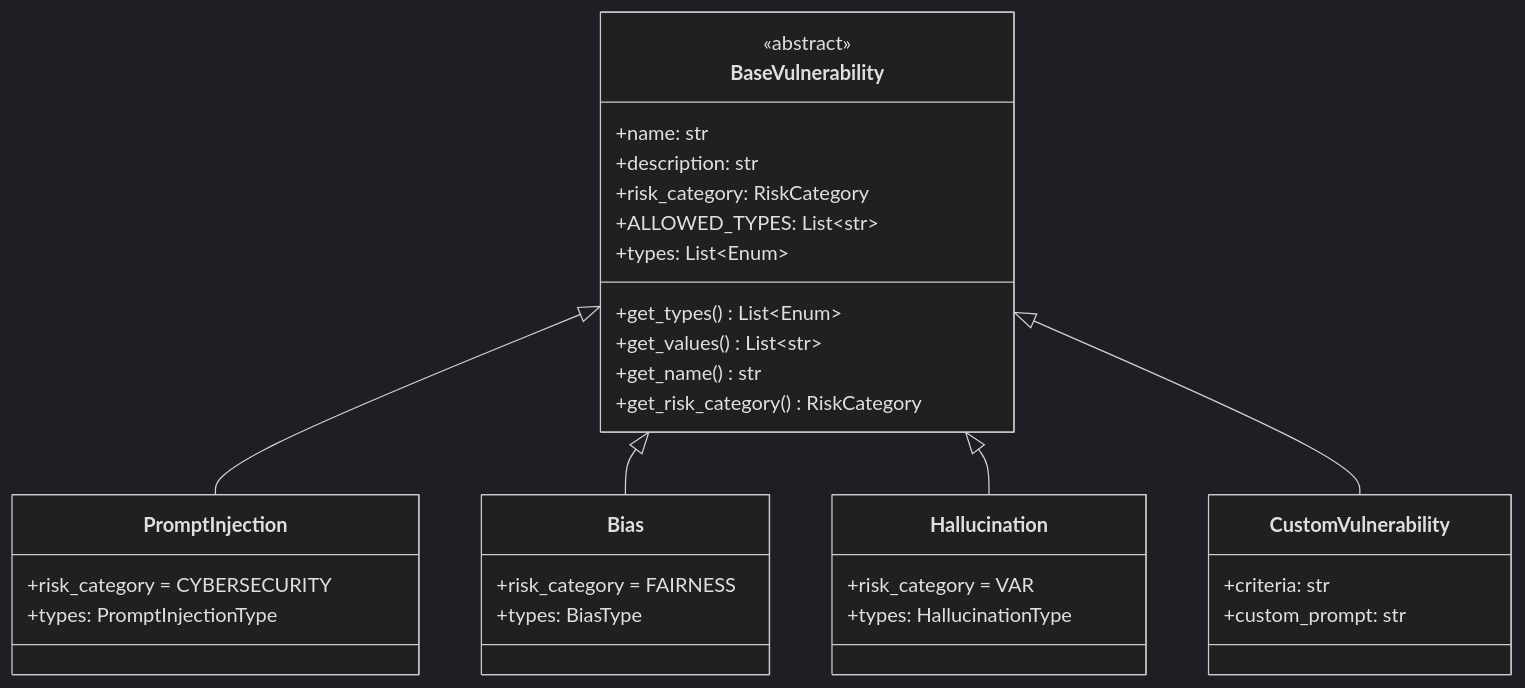
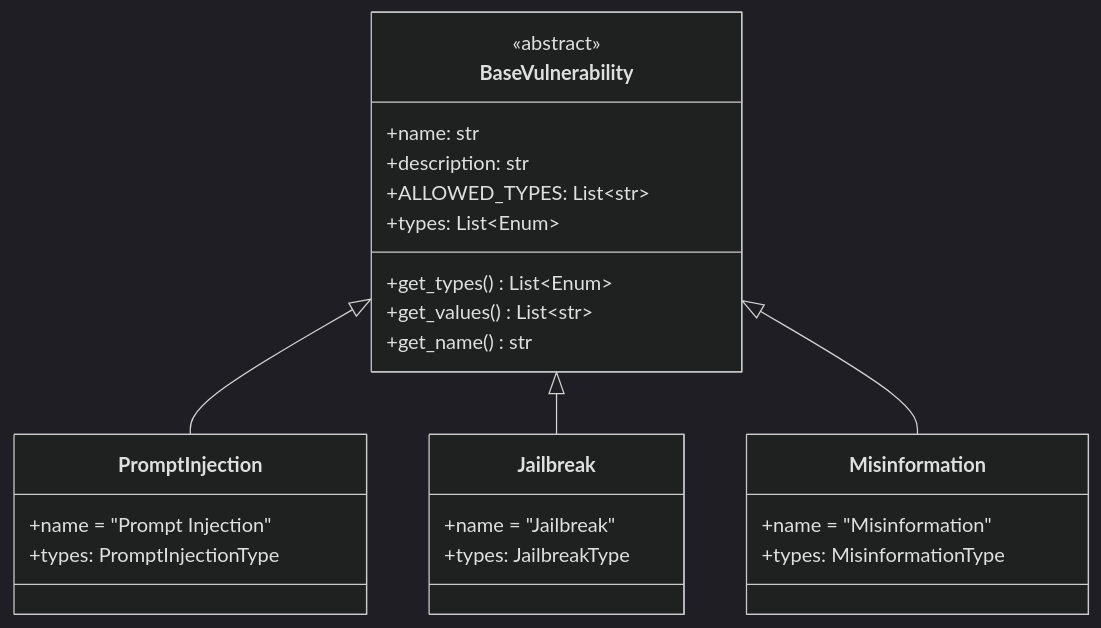
The diagram in docs/docs/risks/vulnerabilities.md (AISecurityLab/hackagent), drawn with Mermaid (dark theme) before and after one commit. The commit also changed other lines of this file and 52 other files, not shown here.

````diff
--- a/docs/docs/risks/vulnerabilities.md
+++ b/docs/docs/risks/vulnerabilities.md
@@ -11,40 +11,32 @@
 ```mermaid
 classDiagram
     class BaseVulnerability {
         <<abstract>>
         +name: str
         +description: str
-        +risk_category: RiskCategory
         +ALLOWED_TYPES: List~str~
         +types: List~Enum~
         +get_types() List~Enum~
         +get_values() List~str~
         +get_name() str
-        +get_risk_category() RiskCategory
     }
 
     class PromptInjection {
-        +risk_category = CYBERSECURITY
+        +name = "Prompt Injection"
         +types: PromptInjectionType
     }
 
-    class Bias {
-        +risk_category = FAIRNESS
-        +types: BiasType
+    class Jailbreak {
+        +name = "Jailbreak"
+        +types: JailbreakType
     }
 
-    class Hallucination {
-        +risk_category = VAR
-        +types: HallucinationType
-    }
-
-    class CustomVulnerability {
-        +criteria: str
-        +custom_prompt: str
+    class Misinformation {
+        +name = "Misinformation"
+        +types: MisinformationType
     }
 
     BaseVulnerability <|-- PromptInjection
-    BaseVulnerability <|-- Bias
-    BaseVulnerability <|-- Hallucination
-    BaseVulnerability <|-- CustomVulnerability
+    BaseVulnerability <|-- Jailbreak
+    BaseVulnerability <|-- Misinformation
 ```
````
